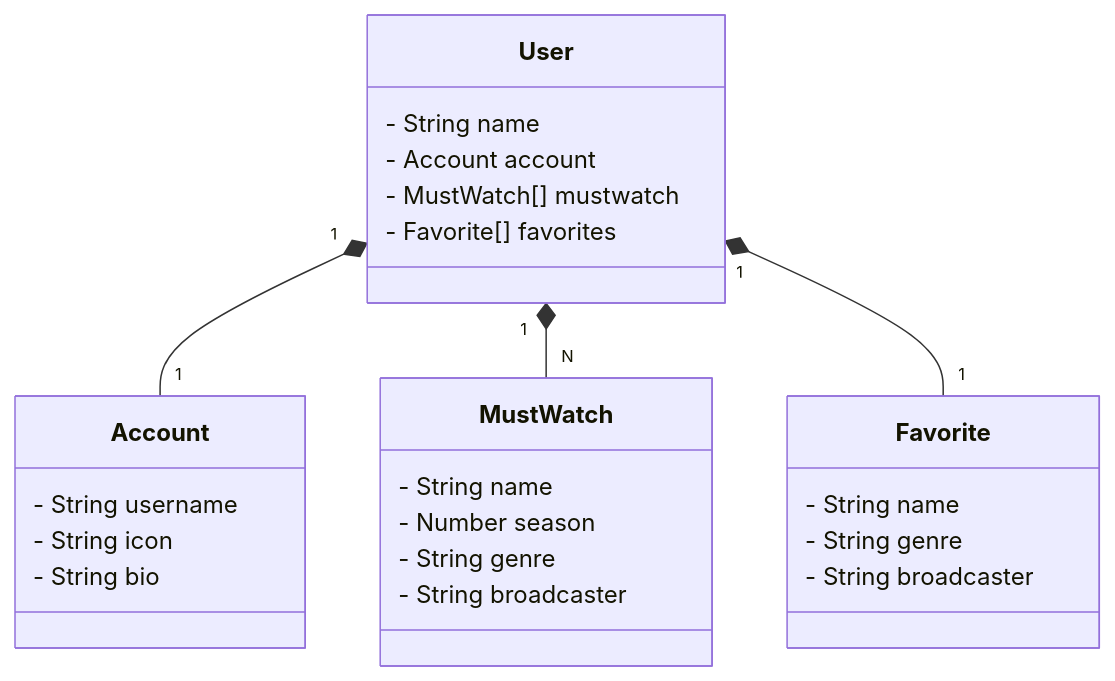
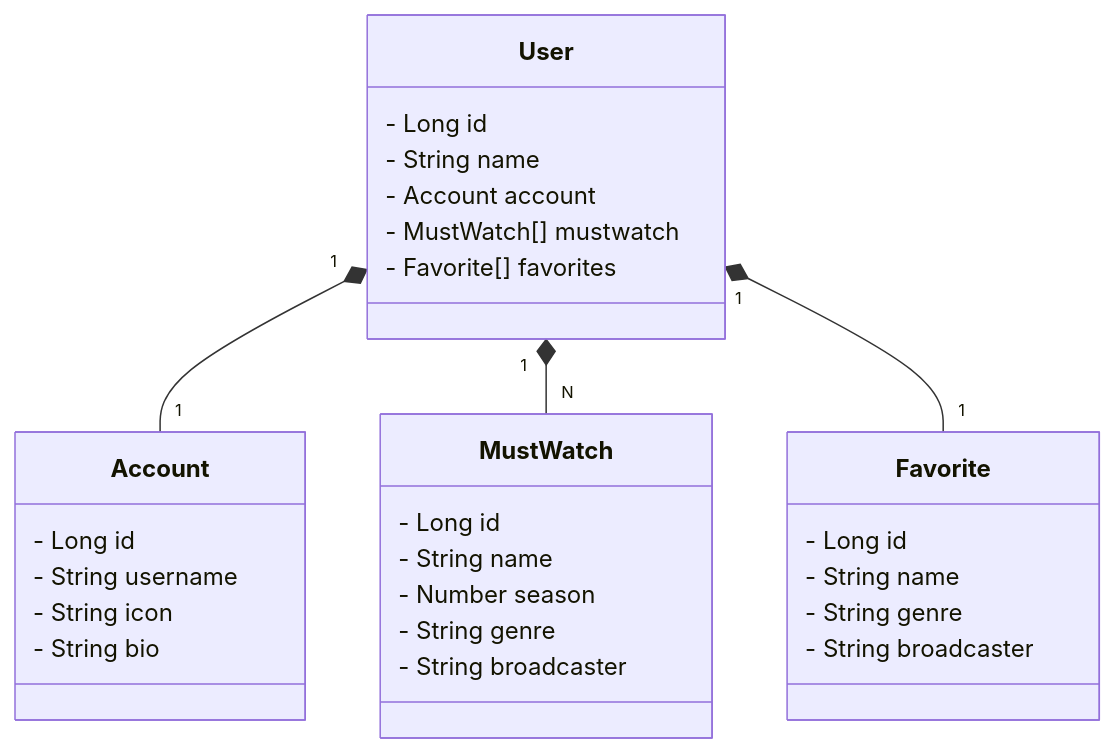
One commit to fermarquess/sb-dio-desafio-api changed the diagram in README.md. Above: the diagram before and after it, drawn with Mermaid. The commit also changed other lines of this file, not shown here.

````diff
--- a/README.md
+++ b/README.md
@@ -6,33 +15,37 @@
 ```mermaid
 
 classDiagram
   class User {
+    - Long id
     - String name
     - Account account
     - MustWatch[] mustwatch
     - Favorite[] favorites
   }
 
   class Account {
+    - Long id
     - String username
     - String icon
     - String bio
   }
 
   class MustWatch {
+    - Long id
     - String name
     - Number season
     - String genre
     - String broadcaster
   }
 
   class Favorite {
+    - Long id
     - String name
     - String genre
     - String broadcaster
   }
 
   User "1" *-- "1" Account
   User "1" *-- "N" MustWatch
   User "1" *-- "1" Favorite
 ```
````
